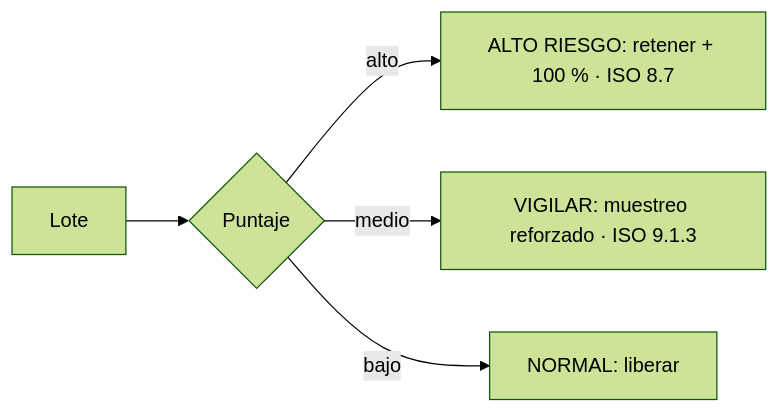
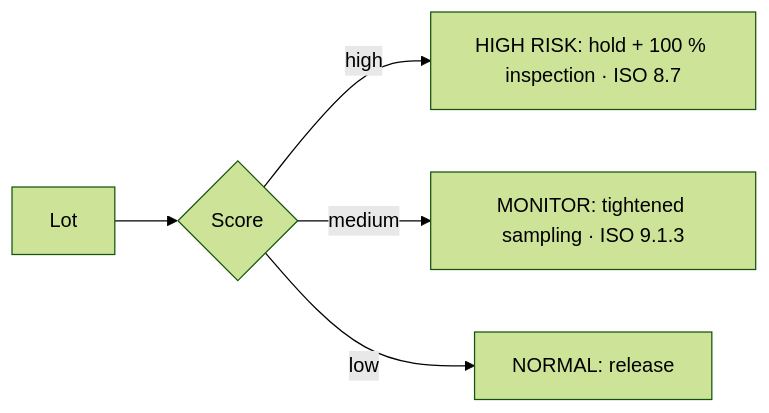
The diagram in README.md (jesusgonzalezmexdata-ux/predictive-quality-mlops), drawn with Mermaid (forest theme) before and after one commit. The commit also changed other lines of this file and 2 other files, not shown here.

````diff
--- a/README.md
+++ b/README.md
@@ -13,7 +15,7 @@
 ```mermaid
 flowchart LR
-  L[Lote] --> Q{Puntaje}
-  Q -->|alto| R[ALTO RIESGO: retener + 100 % · ISO 8.7]
-  Q -->|medio| A[VIGILAR: muestreo reforzado · ISO 9.1.3]
-  Q -->|bajo| V[NORMAL: liberar]
+  L[Lot] --> Q{Score}
+  Q -->|high| R[HIGH RISK: hold + 100 % inspection · ISO 8.7]
+  Q -->|medium| A[MONITOR: tightened sampling · ISO 9.1.3]
+  Q -->|low| V[NORMAL: release]
 ```
````
